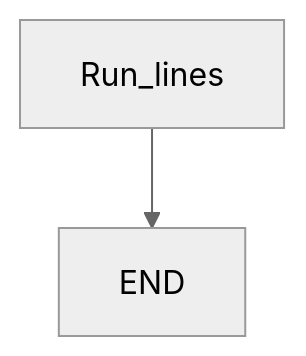
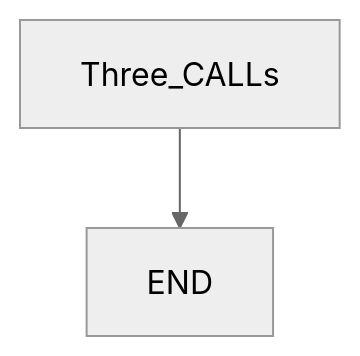
The second of 2 diagrams in practice/fanuc/010-main-call/doc/guide.md (girijashankarj/garry-tj-robo-journey), drawn with Mermaid (neutral theme) before and after one commit. The commit also changed other lines of this file and 107 other files, not shown here.

````diff
--- a/practice/fanuc/010-main-call/doc/guide.md
+++ b/practice/fanuc/010-main-call/doc/guide.md
@@ -31,6 +24,6 @@
 ```mermaid
 flowchart TD
-  go[Run_lines]
-  endn[END]
-  go --> endn
+  run[Three_CALLs]
+  done[END]
+  run --> done
 ```
````
